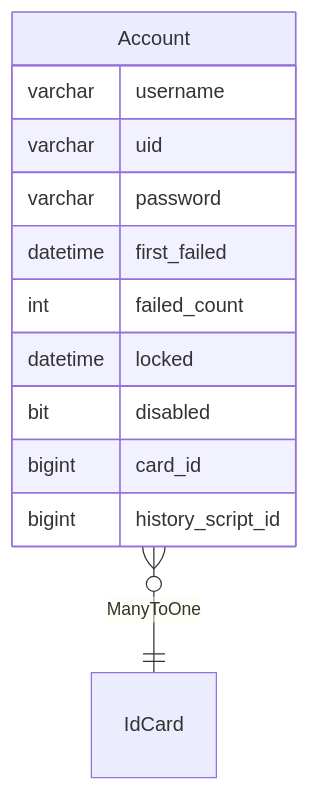
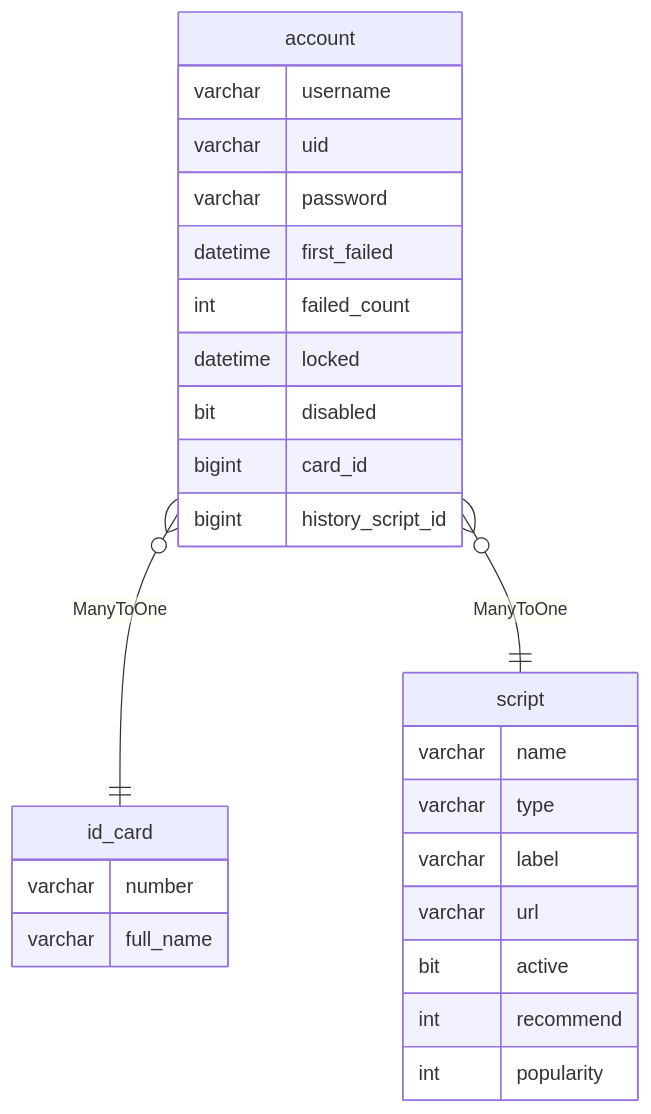
Before and after one commit to mrzhqiang/hellgate: the diagram in docs/hub/account.md, drawn with Mermaid. The commit also changed other lines of this file and 36 other files, not shown here.

````diff
--- a/docs/hub/account.md
+++ b/docs/hub/account.md
@@ -25,15 +25,29 @@
 ```mermaid
 erDiagram
-    Account }o--|| IdCard : ManyToOne
-    Account {
+    account }o--|| id_card : ManyToOne
+    account }o--|| script : ManyToOne
+    account {
         varchar username
         varchar uid
         varchar password
         datetime first_failed
         int failed_count
         datetime locked
         bit disabled
         bigint card_id
         bigint history_script_id
     }
+    id_card {
+        varchar number
+        varchar full_name
+    }
+    script {
+        varchar name
+        varchar type
+        varchar label
+        varchar url
+        bit active
+        int recommend
+        int popularity
+    }
 ```
````
